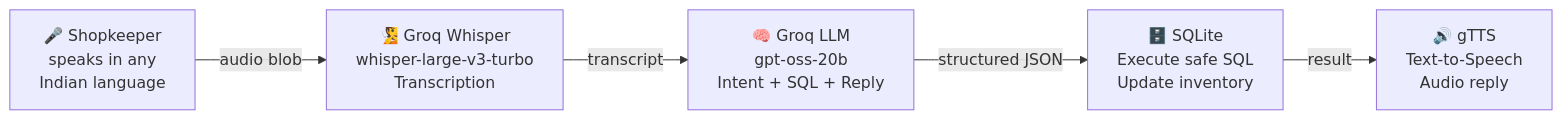
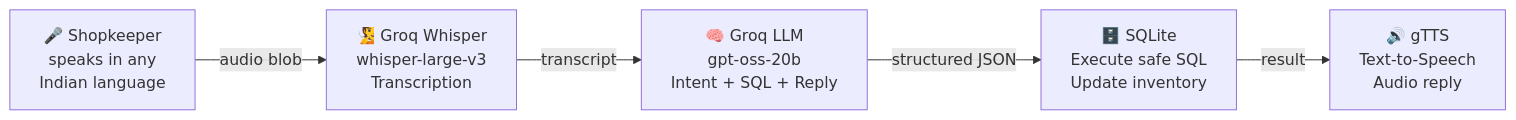
One commit to gitesh2005/VoxMetrics changed the diagram in README.md. Above: the diagram before and after it, drawn with Mermaid. The commit also changed other lines of this file and 4 other files, not shown here.

````diff
--- a/README.md
+++ b/README.md
@@ -25,7 +25,7 @@
 ```mermaid
 flowchart LR
-    A["🎤 Shopkeeper<br/>speaks in any<br/>Indian language"] -->|audio blob| B["🧏 Groq Whisper<br/>whisper-large-v3-turbo<br/>Transcription"]
+    A["🎤 Shopkeeper<br/>speaks in any<br/>Indian language"] -->|audio blob| B["🧏 Groq Whisper<br/>whisper-large-v3<br/>Transcription"]
     B -->|transcript| C["🧠 Groq LLM<br/>gpt-oss-20b<br/>Intent + SQL + Reply"]
     C -->|structured JSON| D["🗄️ SQLite<br/>Execute safe SQL<br/>Update inventory"]
     D -->|result| E["🔊 gTTS<br/>Text-to-Speech<br/>Audio reply"]
 ```
````
